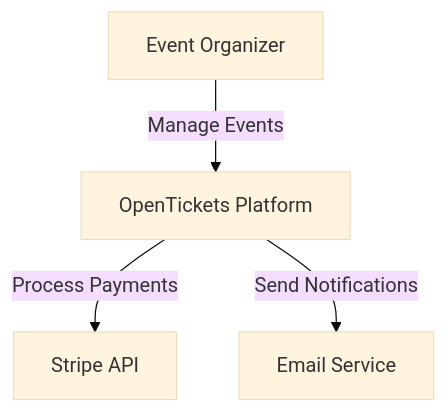
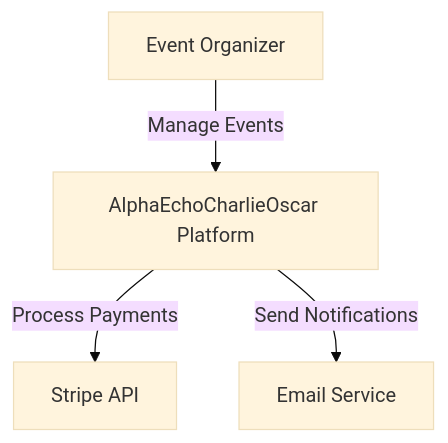
One commit to GurkhaStrategy/AgentJumpStart changed the first of 2 diagrams in customAgents/.github/agents/AzureArchitectureAgent.agent.md. Above: the diagram before and after it, drawn with Mermaid (base theme). The commit also changed other lines of this file and 15 other files, not shown here.

Commit message:
[Rebrand] Rename OpenTickets to AlphaEchoCharlieOscar Enterprise Agent System across all files, configs, and agents

````diff
--- a/customAgents/.github/agents/AzureArchitectureAgent.agent.md
+++ b/customAgents/.github/agents/AzureArchitectureAgent.agent.md
@@ -199,11 +199,11 @@
 ```mermaid
 graph TB
     User[Event Organizer]
-    OT[OpenTickets Platform]
+    OT[AlphaEchoCharlieOscar Platform]
     Stripe[Stripe API]
     Email[Email Service]
     
     User -->|Manage Events| OT
     OT -->|Process Payments| Stripe
     OT -->|Send Notifications| Email
 ```
````
